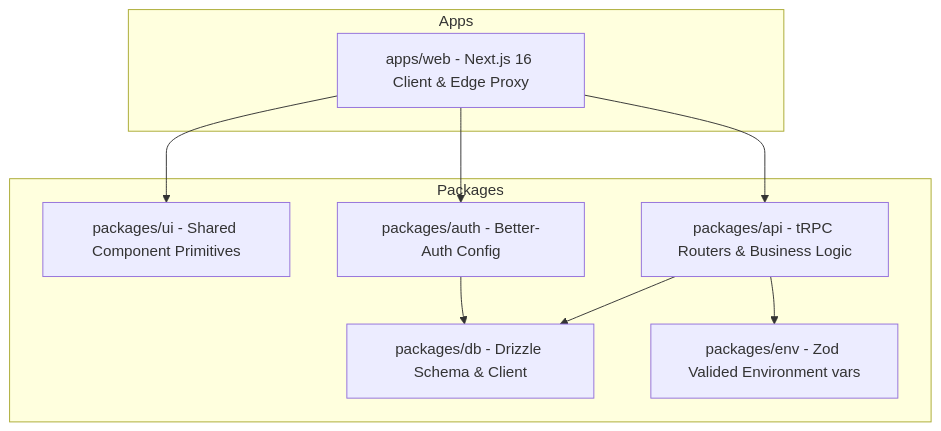
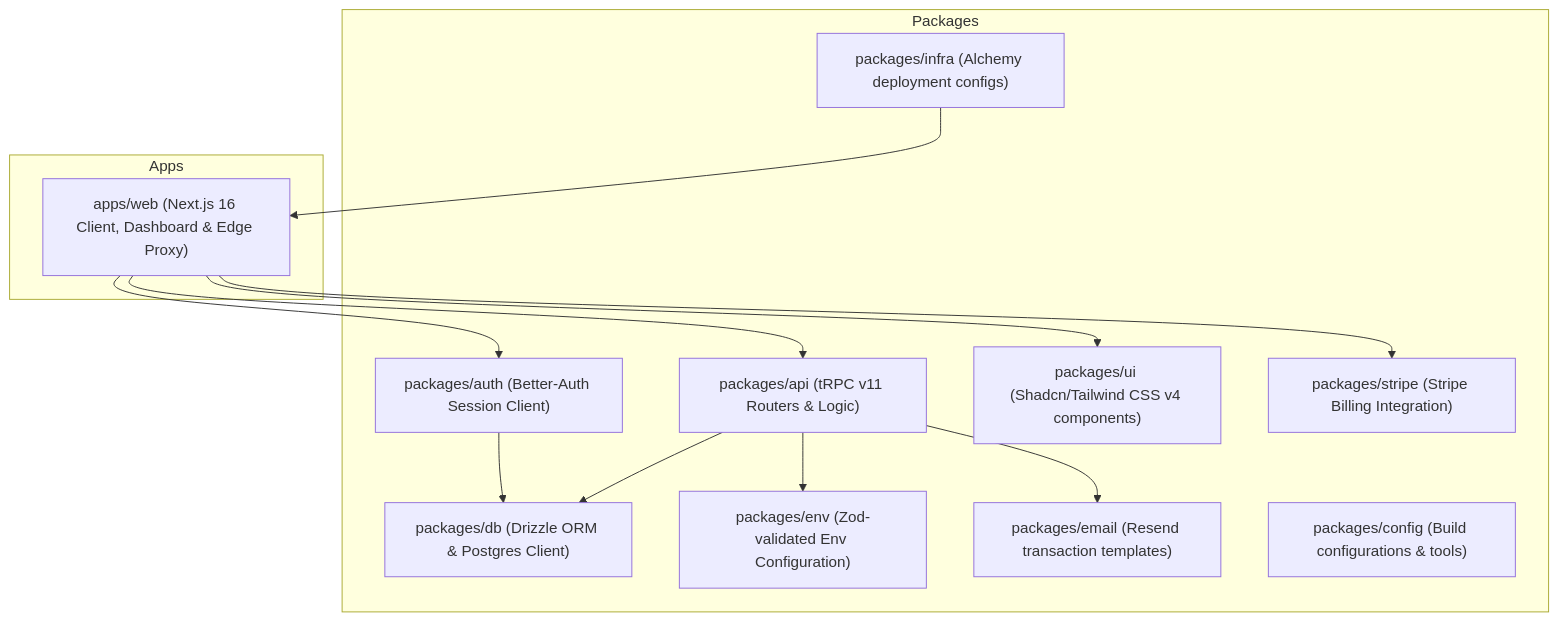
One commit to alexgutscher26/Kudoswall changed the first of 2 diagrams in README.md. Above: the diagram before and after it, drawn with Mermaid. The commit also changed other lines of this file, not shown here.

Commit message:
docs: update README with architectural details, dependency versions, and monorepo structure

````diff
--- a/README.md
+++ b/README.md
@@ -60,21 +68,28 @@
 ```mermaid
 graph TD
-    subgraph Apps
-        Web[apps/web - Next.js 16 Client & Edge Proxy]
+    subgraph apps [Apps]
+        Web["apps/web (Next.js 16 Client, Dashboard & Edge Proxy)"]
     end
 
-    subgraph Packages
-        UI[packages/ui - Shared Component Primitives]
-        API[packages/api - tRPC Routers & Business Logic]
-        DB[packages/db - Drizzle Schema & Client]
-        Auth[packages/auth - Better-Auth Config]
-        Env[packages/env - Zod Valided Environment vars]
+    subgraph pkgs [Packages]
+        API["packages/api (tRPC v11 Routers & Logic)"]
+        Auth["packages/auth (Better-Auth Session Client)"]
+        DB["packages/db (Drizzle ORM & Postgres Client)"]
+        Env["packages/env (Zod-validated Env Configuration)"]
+        UI["packages/ui (Shadcn/Tailwind CSS v4 components)"]
+        Stripe["packages/stripe (Stripe Billing Integration)"]
+        Email["packages/email (Resend transaction templates)"]
+        Infra["packages/infra (Alchemy deployment configs)"]
+        Config["packages/config (Build configurations & tools)"]
     end
 
     Web --> UI
     Web --> API
+    Web --> Auth
+    Web --> Stripe
     API --> DB
     API --> Env
-    Web --> Auth
+    API --> Email
     Auth --> DB
+    Infra --> Web
 ```
````
